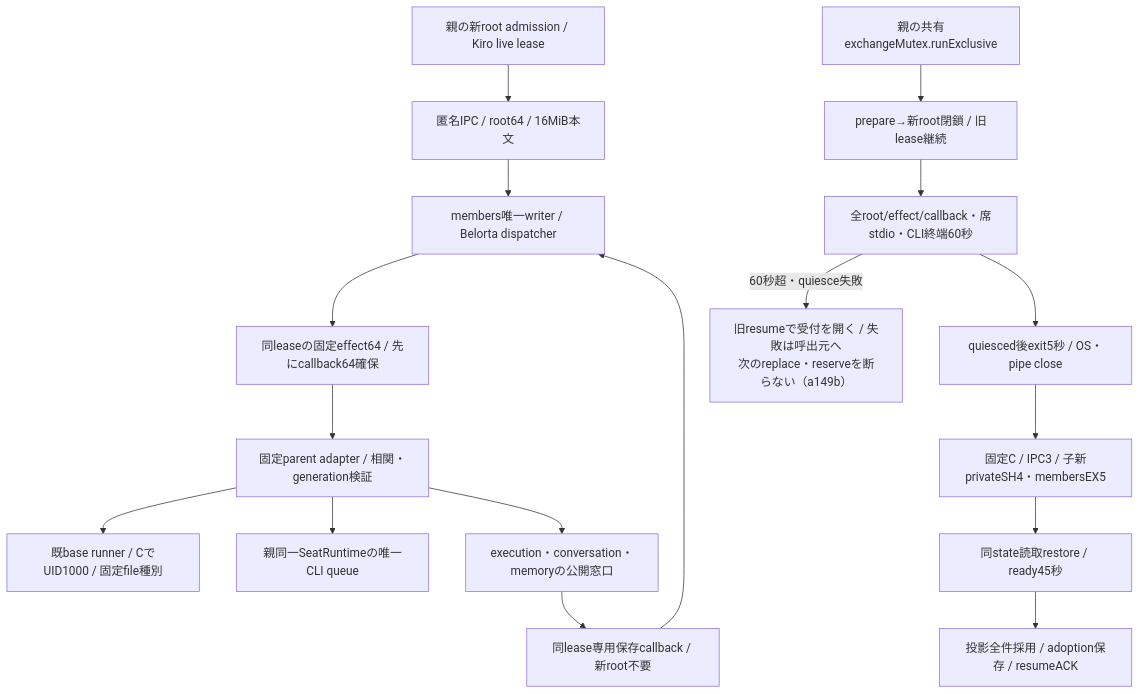
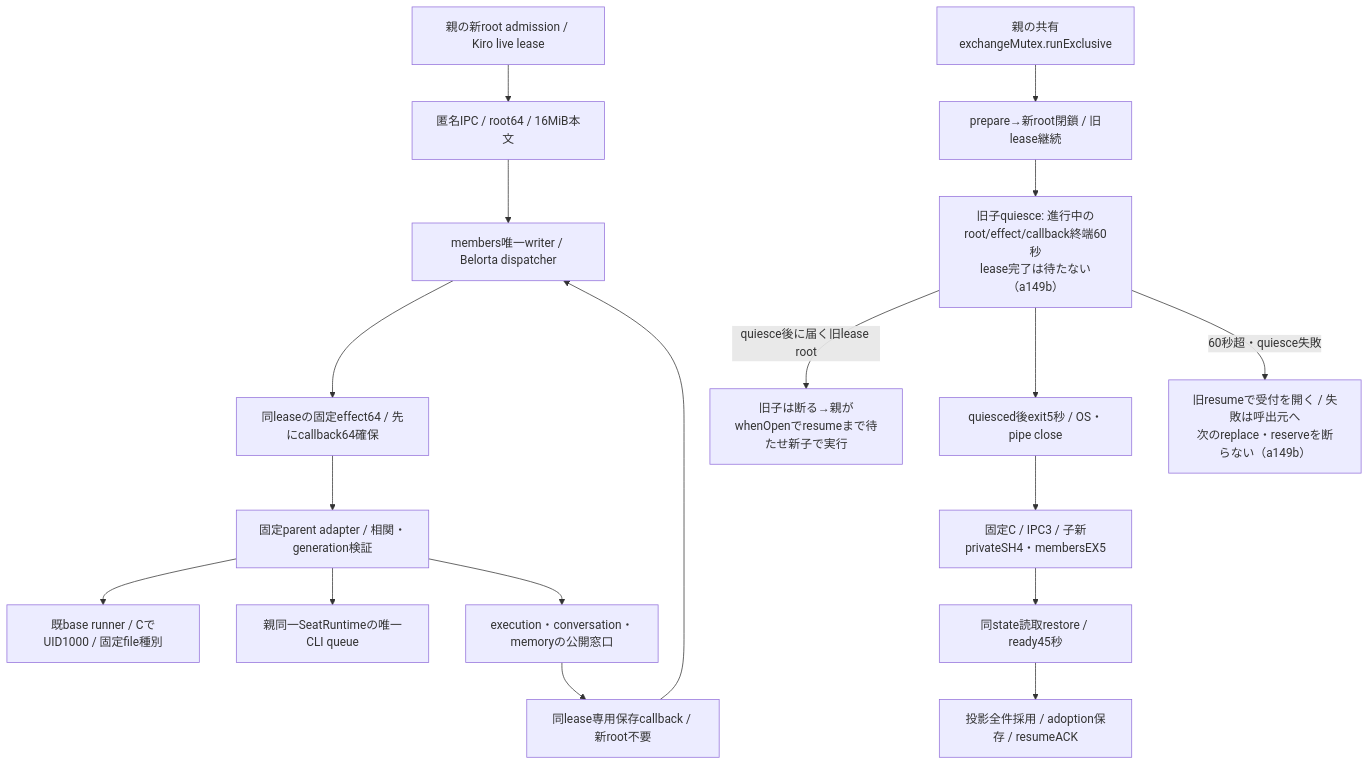
The first of 2 diagrams in docs/architecture/modules/runtime/members-process.md (kitepon/BellTeam), drawn with Mermaid before and after one commit. The commit also changed other lines of this file and 7 other files, not shown here.

````diff
--- a/docs/architecture/modules/runtime/members-process.md
+++ b/docs/architecture/modules/runtime/members-process.md
@@ -7,19 +7,20 @@
 ```mermaid
 flowchart TD
   Root[親の新root admission / Kiro live lease] --> Channel[匿名IPC / root64 / 16MiB本文]
   Channel --> Child[members唯一writer / Belorta dispatcher]
   Child --> Effect[同leaseの固定effect64 / 先にcallback64確保]
   Effect --> Parent[固定parent adapter / 相関・generation検証]
   Parent --> Seat[既base runner / CでUID1000 / 固定file種別]
   Parent --> CLI[親同一SeatRuntimeの唯一CLI queue]
   Parent --> External[execution・conversation・memoryの公開窓口]
   External --> Callback[同lease専用保存callback / 新root不要]
   Callback --> Child
-  Control[prepare→新root閉鎖 / 旧lease継続] --> Drain[全root/effect/callback・席stdio・CLI終端60秒]
+  Control[prepare→新root閉鎖 / 旧lease継続] --> Drain[旧子quiesce: 進行中のroot/effect/callback終端60秒<br/>lease完了は待たない（a149b）]
+  Drain -->|quiesce後に届く旧lease root| Hold[旧子は断る→親がwhenOpenでresumeまで待たせ新子で実行]
   Mutex[親の共有exchangeMutex.runExclusive] --> Control
   Drain --> Exit[quiesced後exit5秒 / OS・pipe close]
   Drain -->|"60秒超・quiesce失敗"| Back[旧resumeで受付を開く / 失敗は呼出元へ<br/>次のreplace・reserveを断らない（a149b）]
   Exit --> C[固定C / IPC3 / 子新privateSH4・membersEX5]
   C --> Restore[同state読取restore / ready45秒]
   Restore --> Adopt[投影全件採用 / adoption保存 / resumeACK]
 ```
````
